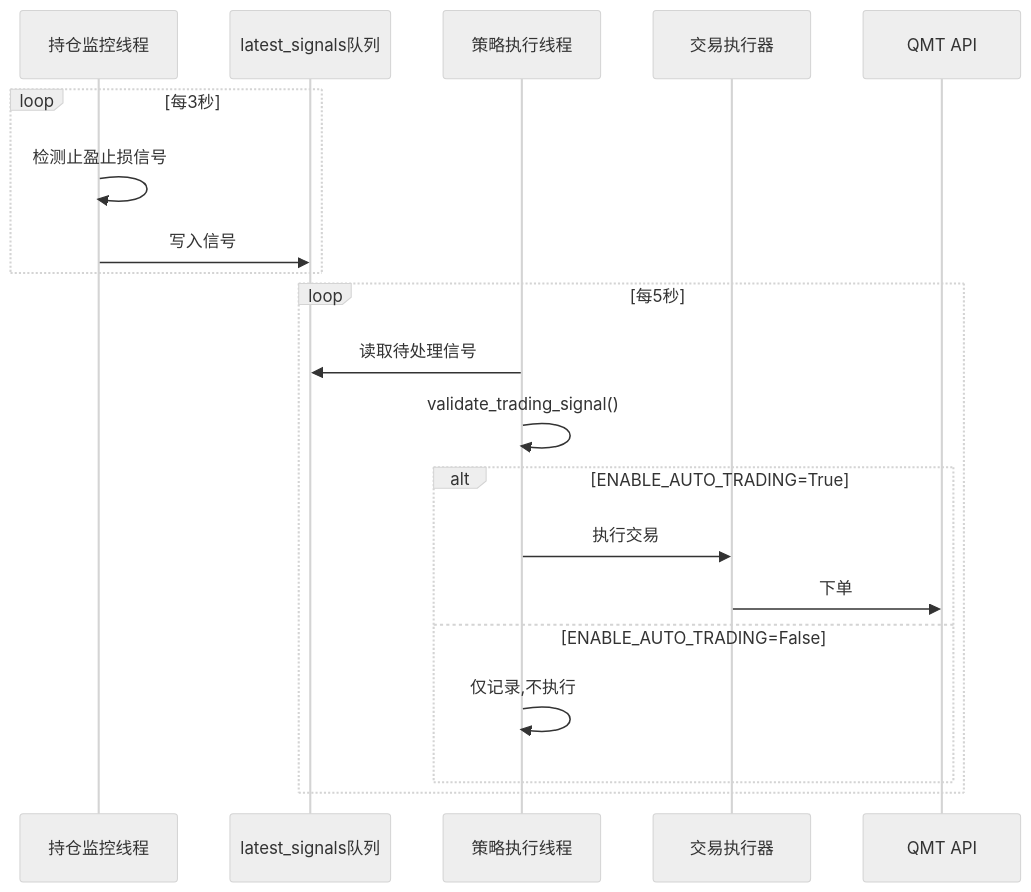
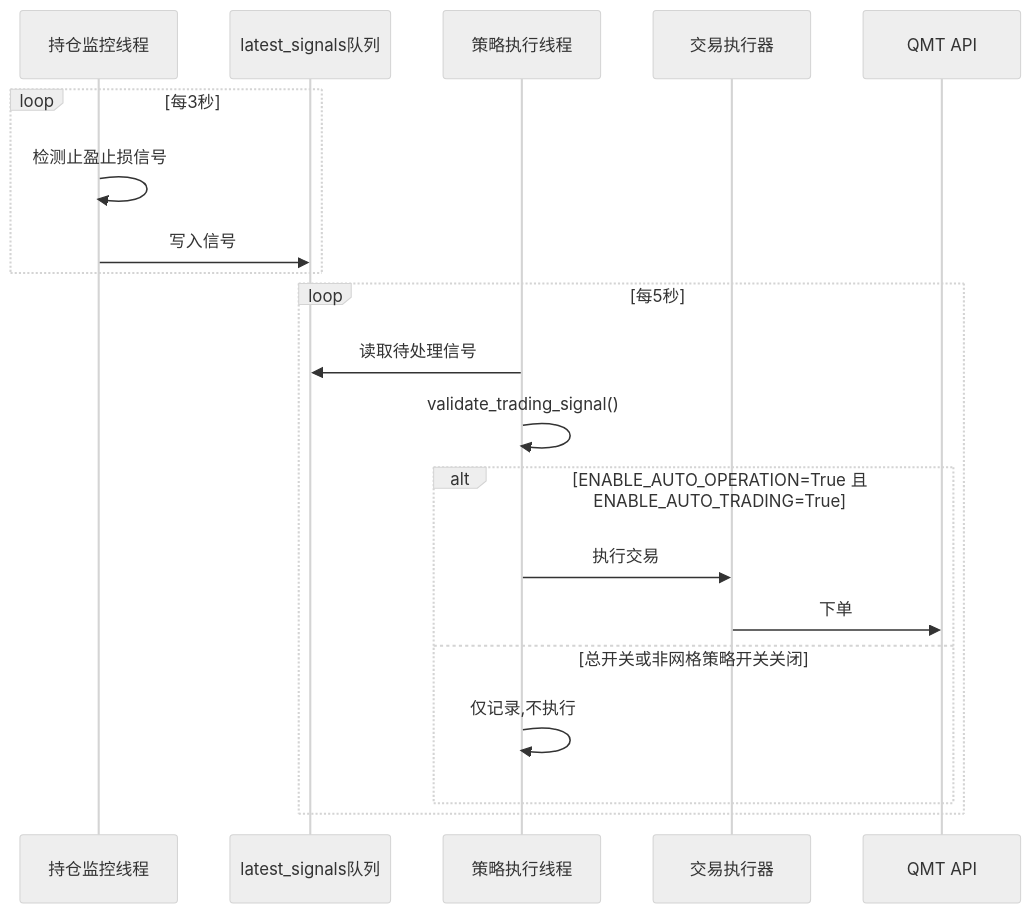
Before and after one commit to Liu-Song-DTC/miniQMT: the second of 11 diagrams in ARCHITECTURE.md, drawn with Mermaid (neutral theme). The commit also changed other lines of this file and 38 other files, not shown here.

````diff
--- a/ARCHITECTURE.md
+++ b/ARCHITECTURE.md
@@ -79,24 +79,24 @@
 ```mermaid
 sequenceDiagram
     participant PM as 持仓监控线程
     participant SQ as latest_signals队列
     participant ST as 策略执行线程
     participant TE as 交易执行器
     participant QMT as QMT API
 
     loop 每3秒
         PM->>PM: 检测止盈止损信号
         PM->>SQ: 写入信号
     end
 
     loop 每5秒
         ST->>SQ: 读取待处理信号
         ST->>ST: validate_trading_signal()
-        alt ENABLE_AUTO_TRADING=True
+        alt ENABLE_AUTO_OPERATION=True 且 ENABLE_AUTO_TRADING=True
             ST->>TE: 执行交易
             TE->>QMT: 下单
-        else ENABLE_AUTO_TRADING=False
+        else 总开关或非网格策略开关关闭
             ST->>ST: 仅记录,不执行
         end
     end
 ```
````
